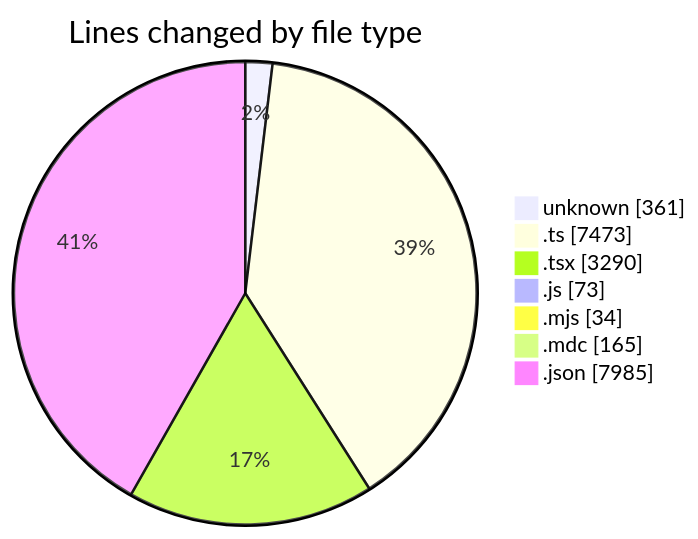
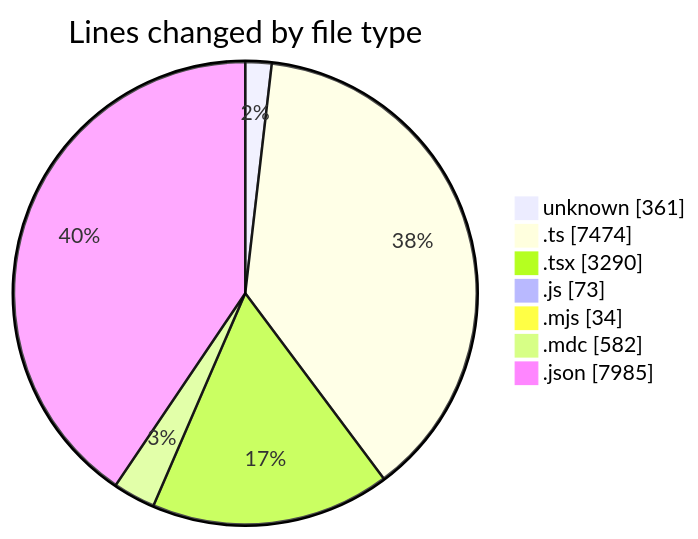
Before and after one commit to CELIANVF/code-tracking: the first of 2 diagrams in 2025-06-13/ecodeli-1/README.md, drawn with Mermaid. The commit also changed other lines of this file and 1 other file, not shown here.

````diff
--- a/2025-06-13/ecodeli-1/README.md
+++ b/2025-06-13/ecodeli-1/README.md
@@ -37,11 +40,11 @@
 ```mermaid
 pie showData
 title Lines changed by file type
 "unknown" : 361
-".ts" : 7473
+".ts" : 7474
 ".tsx" : 3290
 ".js" : 73
 ".mjs" : 34
-".mdc" : 165
+".mdc" : 582
 ".json" : 7985
 ```
````
